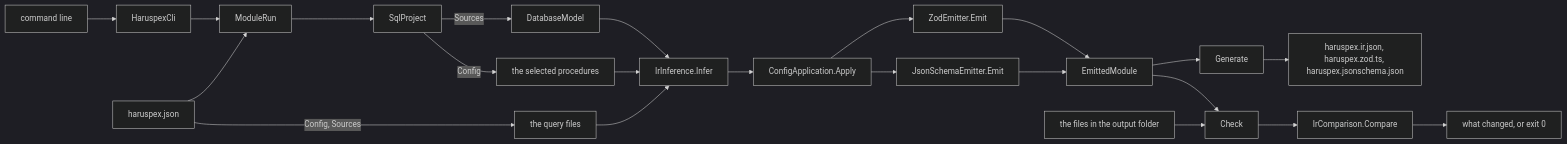
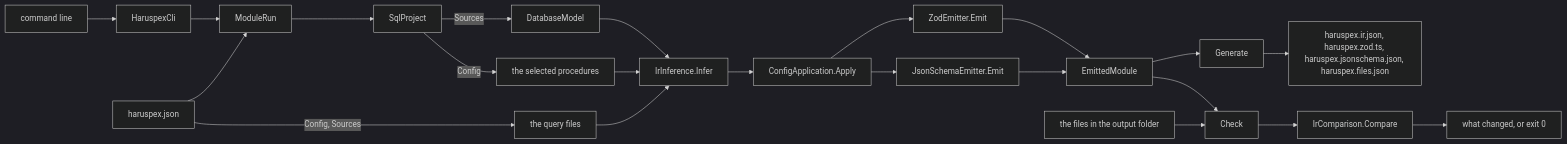
Before and after one commit to haruspex-tools/haruspex: the diagram in src/Haruspex.Cli/README.md, drawn with Mermaid (dark theme). The commit also changed other lines of this file and 39 other files, not shown here.

````diff
--- a/src/Haruspex.Cli/README.md
+++ b/src/Haruspex.Cli/README.md
@@ -19,24 +19,24 @@
 ```mermaid
 flowchart LR
     args["command line"] --> cli["HaruspexCli"]
     cli --> run["ModuleRun"]
     configFile["haruspex.json"] --> run
     run --> project["SqlProject"]
     project -->|Sources| model["DatabaseModel"]
     project -->|Config| selected["the selected procedures"]
     configFile -->|"Config, Sources"| queries["the query files"]
     queries --> infer
     model --> infer["IrInference.Infer"]
     selected --> infer
     infer --> apply["ConfigApplication.Apply"]
     apply --> zod["ZodEmitter.Emit"]
     apply --> jsonSchema["JsonSchemaEmitter.Emit"]
     zod --> emitted["EmittedModule"]
     jsonSchema --> emitted
     emitted --> generate["Generate"]
-    generate --> files["haruspex.ir.json, haruspex.zod.ts, haruspex.jsonschema.json"]
+    generate --> files["haruspex.ir.json, haruspex.zod.ts, haruspex.jsonschema.json, haruspex.files.json"]
     emitted --> check["Check"]
     committed["the files in the output folder"] --> check
     check --> compare["IrComparison.Compare"]
     compare --> changes["what changed, or exit 0"]
 ```
````
